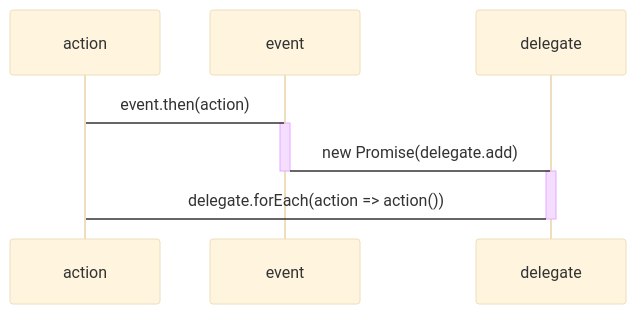
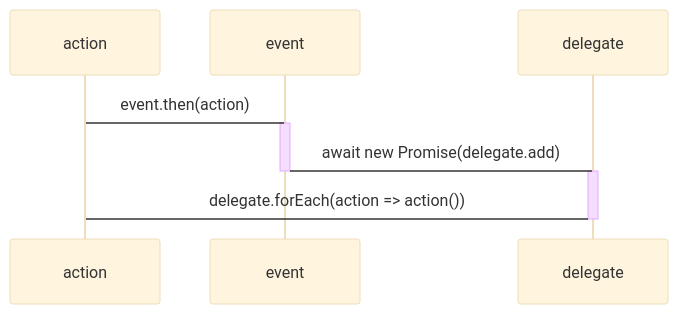
The fourth of 4 diagrams in README.md (domrally/peekeasy), drawn with Mermaid (base theme) before and after one commit.

````diff
--- a/README.md
+++ b/README.md
@@ -194,10 +194,10 @@
 ```mermaid
 sequenceDiagram
     action->event: event.then(action)
     activate event
-    event->delegate: new Promise(delegate.add)
+    event->delegate: await new Promise(delegate.add)
     deactivate event
     activate delegate
     delegate->action: delegate.forEach(action => action())
     deactivate delegate
 ```
````
